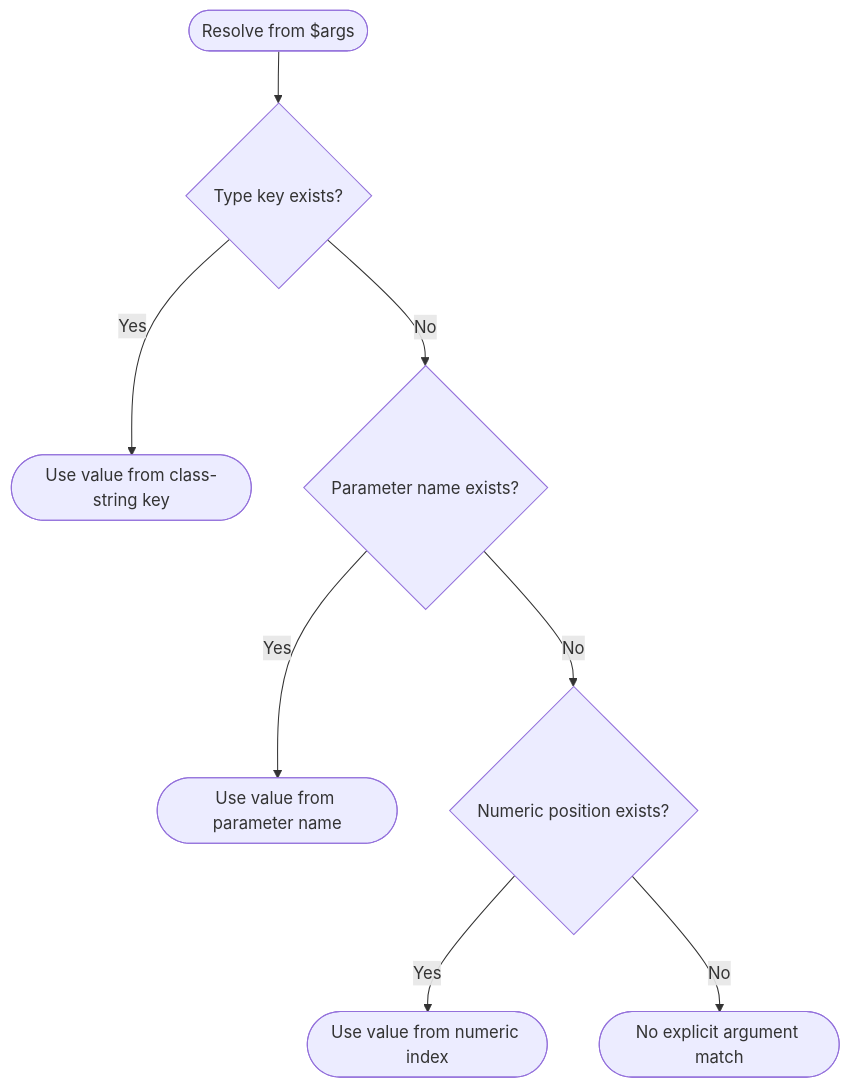
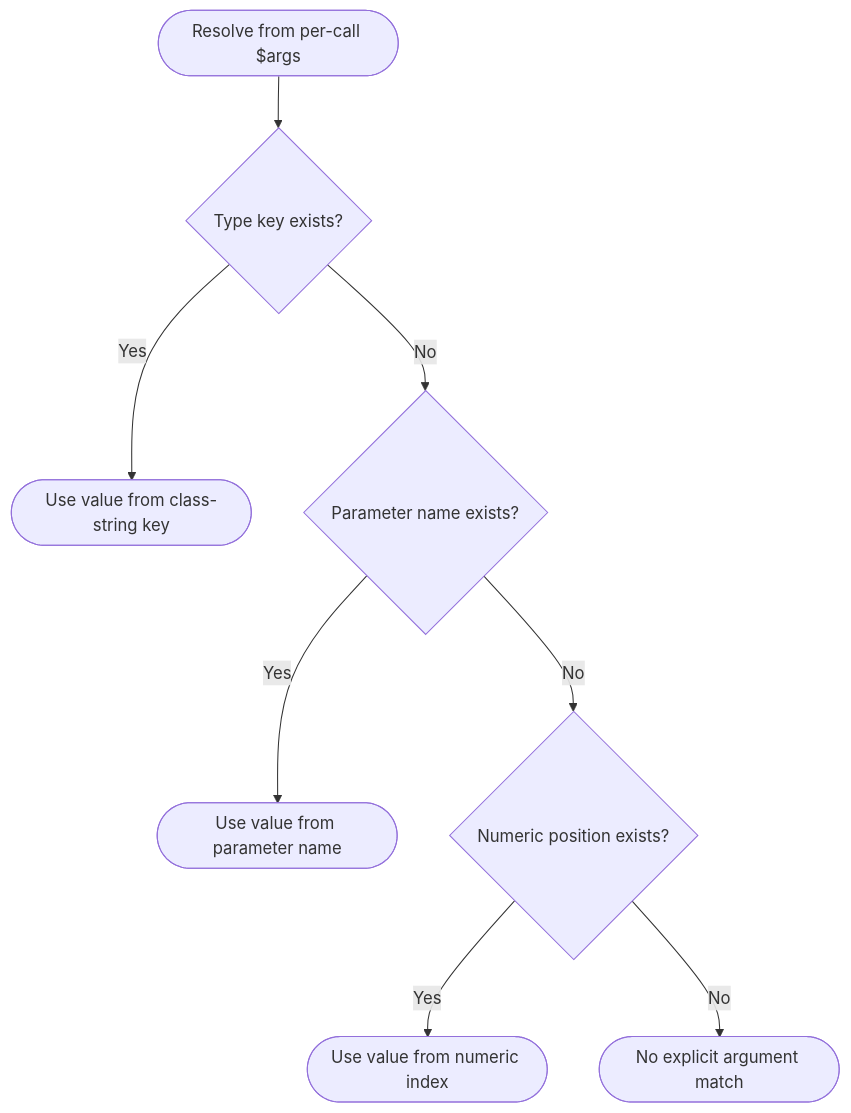
One commit to dvictorjhg/php-injector changed the second of 2 diagrams in README.md. Above: the diagram before and after it, drawn with Mermaid. The commit also changed other lines of this file and 1 other file, not shown here.

````diff
--- a/README.md
+++ b/README.md
@@ -529,10 +593,10 @@
 ```mermaid
 flowchart TD
-    start([Resolve from $args]) --> type{Type key exists?}
+    start([Resolve from per-call $args]) --> type{Type key exists?}
     type -->|Yes| typeDone([Use value from class-string key])
     type -->|No| name{Parameter name exists?}
     name -->|Yes| nameDone([Use value from parameter name])
     name -->|No| position{Numeric position exists?}
     position -->|Yes| positionDone([Use value from numeric index])
     position -->|No| miss([No explicit argument match])
 ```
````
